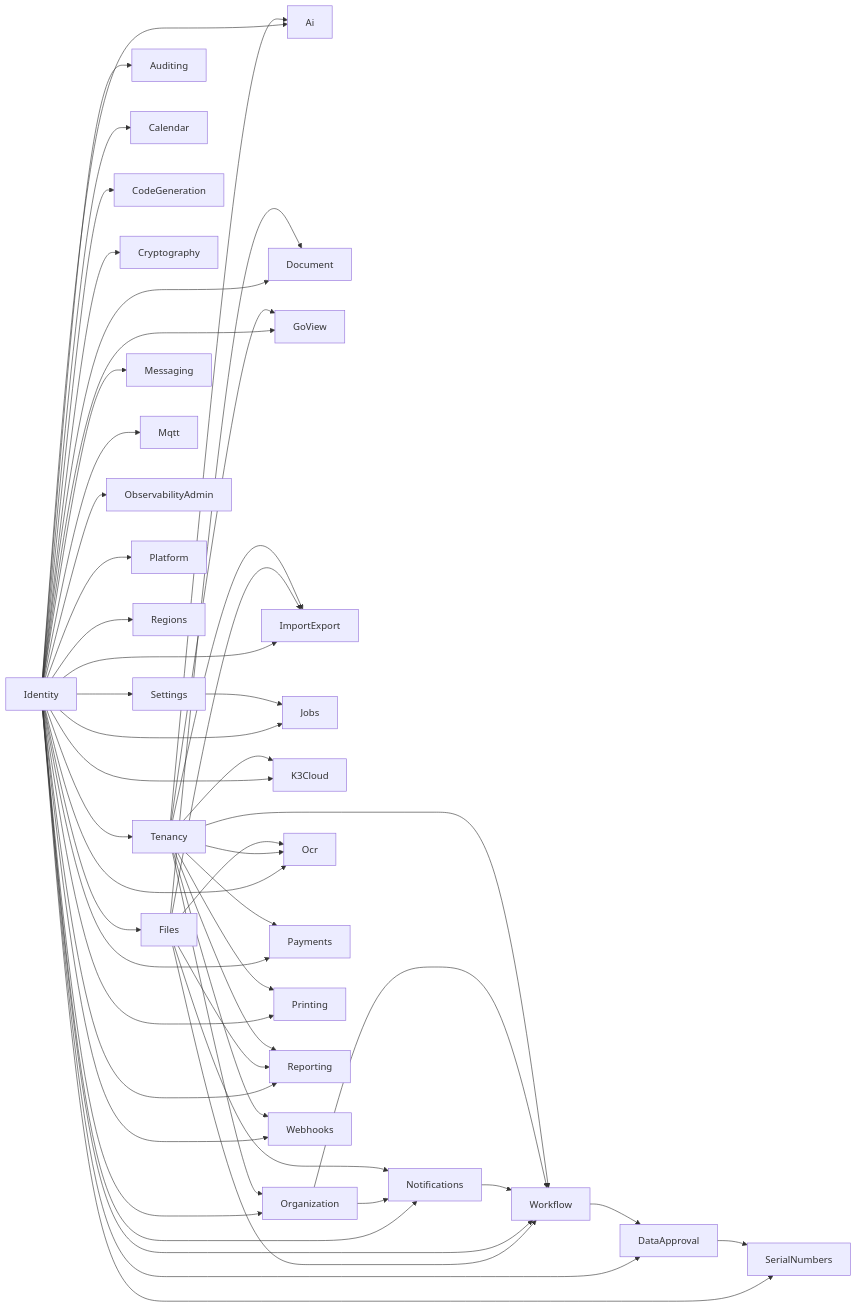
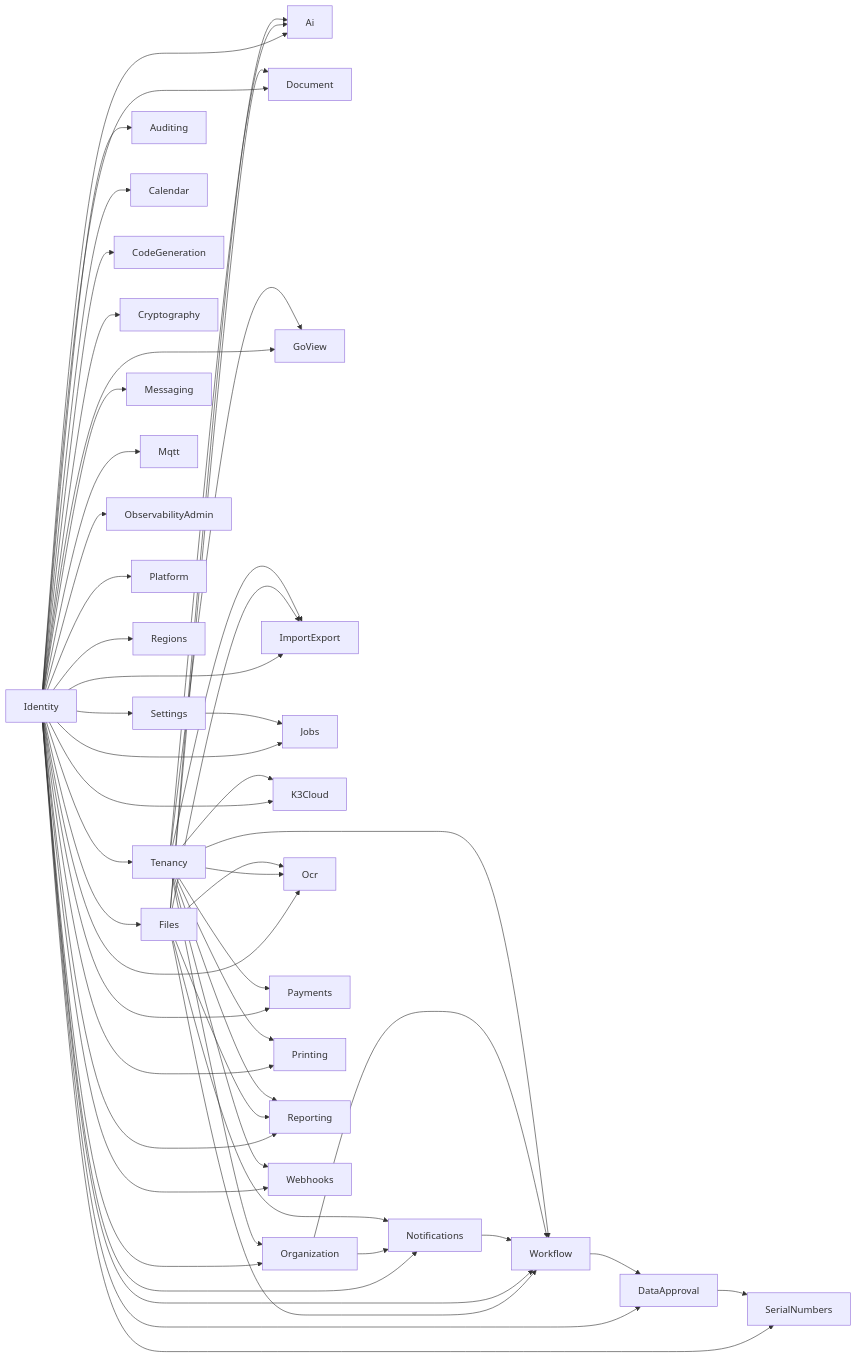
The diagram in docs/operations/module-dependency-graph.mmd (yan041108/Full.NET), drawn with Mermaid before and after one commit. The commit also changed 55 other files, not shown here.

```diff
--- a/docs/operations/module-dependency-graph.mmd
+++ b/docs/operations/module-dependency-graph.mmd
@@ -1,54 +1,55 @@
 %% 自动生成：pnpm run generate:module-dependency-graph
 %% 源：src/Modules/*Module.cs IFullNetModule.Dependencies
 flowchart LR
   Identity --> Ai
   Tenancy --> Ai
+  Files --> Ai
   Identity --> Auditing
   Identity --> Calendar
   Identity --> CodeGeneration
   Identity --> Cryptography
   Identity --> DataApproval
   Workflow --> DataApproval
   Identity --> Document
   Files --> Document
   Identity --> Files
   Identity --> GoView
   Tenancy --> GoView
   Identity --> ImportExport
   Files --> ImportExport
   Tenancy --> ImportExport
   Identity --> Jobs
   Settings --> Jobs
   Identity --> K3Cloud
   Tenancy --> K3Cloud
   Identity --> Messaging
   Identity --> Mqtt
   Identity --> Notifications
   Organization --> Notifications
   Files --> Notifications
   Identity --> ObservabilityAdmin
   Identity --> Ocr
   Tenancy --> Ocr
   Files --> Ocr
   Identity --> Organization
   Tenancy --> Organization
   Identity --> Payments
   Tenancy --> Payments
   Identity --> Platform
   Identity --> Printing
   Tenancy --> Printing
   Identity --> Regions
   Identity --> Reporting
   Files --> Reporting
   Tenancy --> Reporting
   Identity --> SerialNumbers
   DataApproval --> SerialNumbers
   Identity --> Settings
   Identity --> Tenancy
   Identity --> Webhooks
   Tenancy --> Webhooks
   Files --> Workflow
   Identity --> Workflow
   Notifications --> Workflow
   Organization --> Workflow
   Tenancy --> Workflow
```
